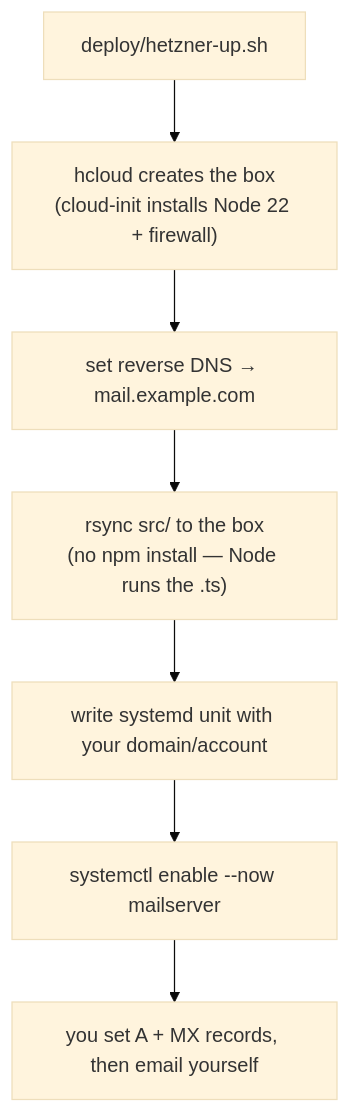
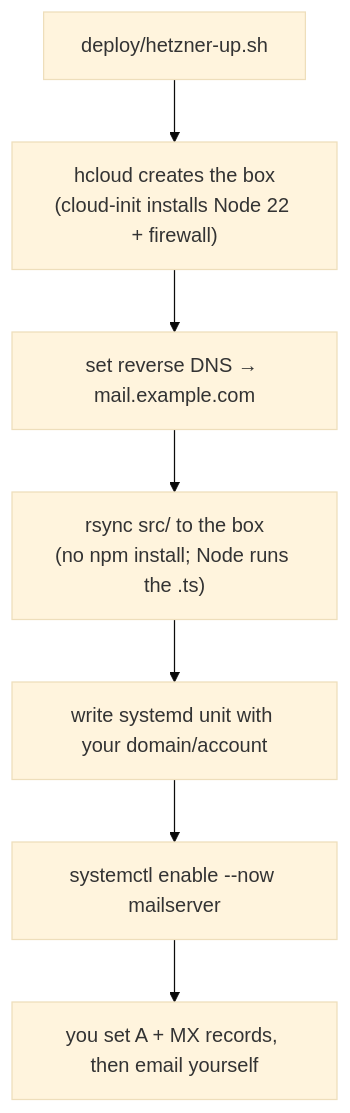
One commit to jamie-lord/cutiemail changed the second of 4 diagrams in docs/DEPLOYMENT.md. Above: the diagram before and after it, drawn with Mermaid (base theme). The commit also changed other lines of this file and 58 other files, not shown here.

````diff
--- a/docs/DEPLOYMENT.md
+++ b/docs/DEPLOYMENT.md
@@ -94,9 +93,9 @@
 ```mermaid
 flowchart TB
     up["deploy/hetzner-up.sh"] --> create["hcloud creates the box<br/>(cloud-init installs Node 22 + firewall)"]
     create --> rdns["set reverse DNS → mail.example.com"]
-    rdns --> rsync["rsync src/ to the box<br/>(no npm install — Node runs the .ts)"]
+    rdns --> rsync["rsync src/ to the box<br/>(no npm install; Node runs the .ts)"]
     rsync --> unit["write systemd unit with your domain/account"]
     unit --> start["systemctl enable --now mailserver"]
     start --> dns["you set A + MX records, then email yourself"]
 ```
````
